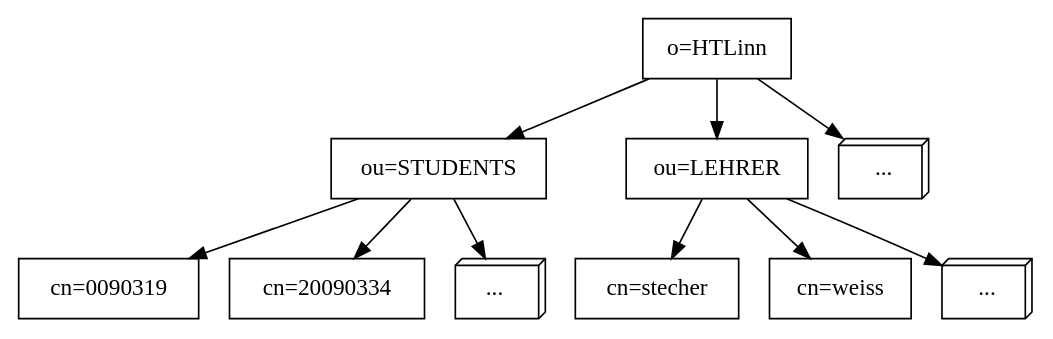
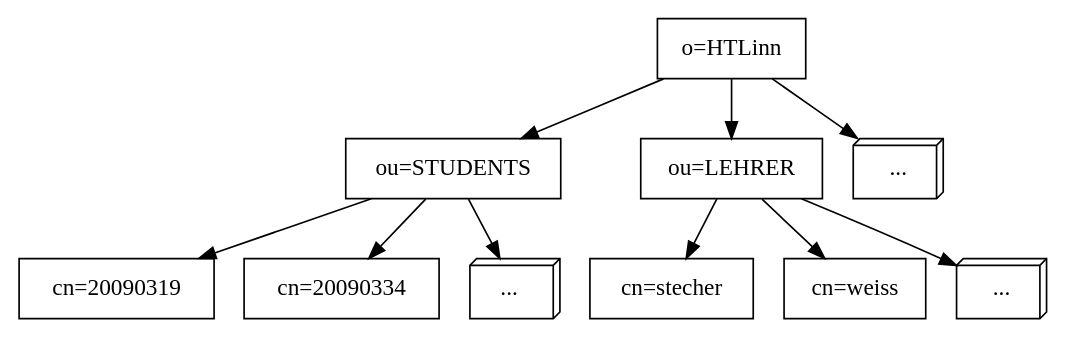
Before and after one commit to SIS-Team/SIS-Doc: the diagram in images/dit.dot, drawn with Graphviz. The commit also changed 1 other file, not shown here.

```diff
--- a/images/dit.dot
+++ b/images/dit.dot
@@ -1,12 +1,12 @@
 digraph php {
 	rankdir="TB";
 	node [shape=box];
 	
 	"o=HTLinn" -> {"ou=STUDENTS", "ou=LEHRER", "..."};
-	"ou=STUDENTS" -> {"cn=0090319", "cn=20090334", "...  "};
+	"ou=STUDENTS" -> {"cn=20090319", "cn=20090334", "...  "};
 	"ou=LEHRER" -> {"cn=stecher", "cn=weiss", "... "};
 	
 	"..." [shape=box3d];
 	"... " [shape=box3d];
 	"...  " [shape=box3d];
 }
```
